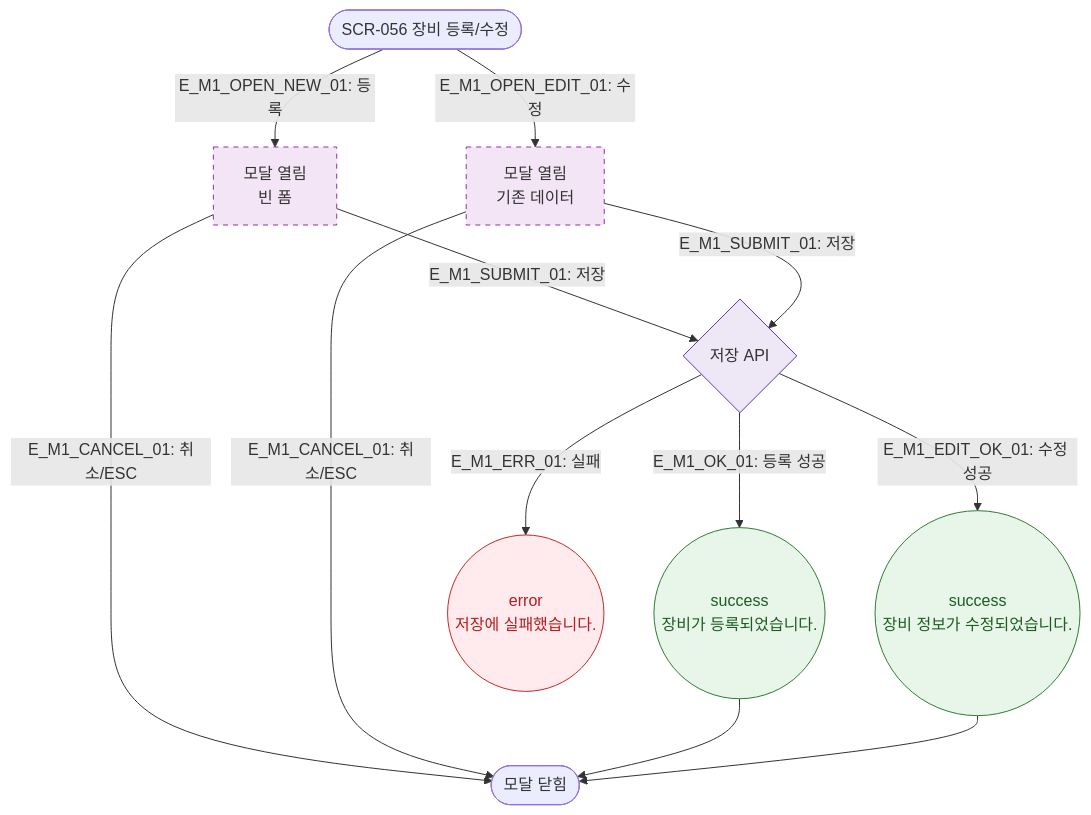
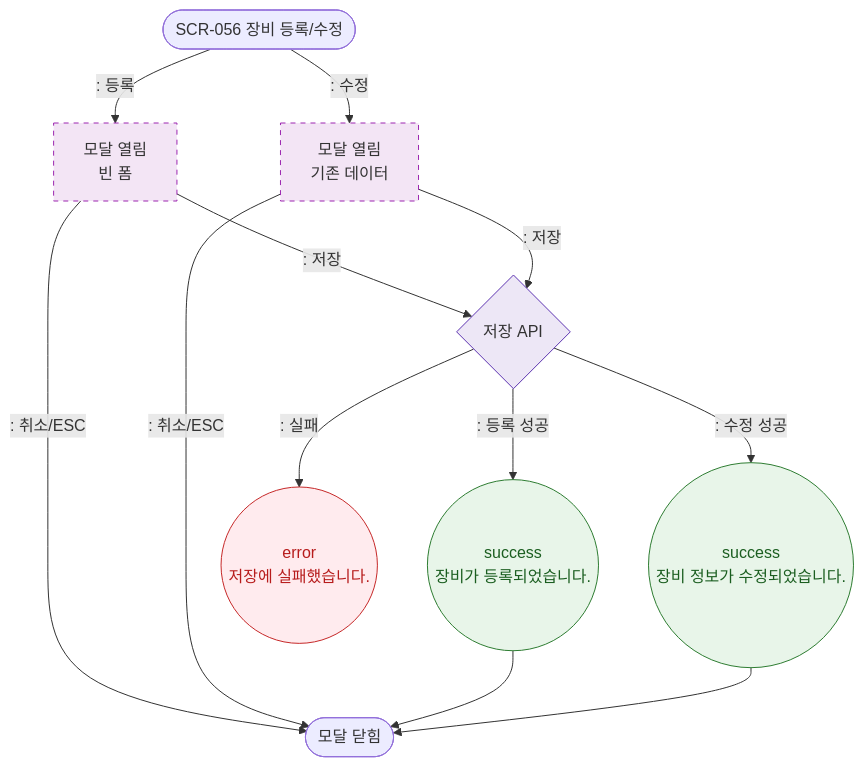
One commit to dev-spogym/admin-pando changed the diagram in docs/다이어그램/D06_시설관리/DLG/DLG-056-001_장비등록/M1_생명주기.md. Above: the diagram before and after it, drawn with Mermaid. The commit also changed other lines of this file and 1660 other files, not shown here.

First line of the commit message:
다이어그램: 기획자/클라이언트 납품본으로 정리

````diff
--- a/docs/다이어그램/D06_시설관리/DLG/DLG-056-001_장비등록/M1_생명주기.md
+++ b/docs/다이어그램/D06_시설관리/DLG/DLG-056-001_장비등록/M1_생명주기.md
@@ -16,21 +14,21 @@
 ```mermaid
 flowchart TD
-    TRIGGER([SCR-056 장비 등록/수정]) -->|"E_M1_OPEN_NEW_01: 등록"| OPEN_NEW[모달 열림\n빈 폼]
-    TRIGGER -->|"E_M1_OPEN_EDIT_01: 수정"| OPEN_EDIT[모달 열림\n기존 데이터]
+    TRIGGER([SCR-056 장비 등록/수정]) -->|": 등록"|OPEN_NEW[모달 열림\n빈 폼]
+    TRIGGER -->|": 수정"|OPEN_EDIT[모달 열림\n기존 데이터]
 
-    OPEN_NEW & OPEN_EDIT -->|"E_M1_SUBMIT_01: 저장"| SaveAPI{저장 API}
-    SaveAPI -->|"E_M1_OK_01: 등록 성공"| SUCCESS((success\n장비가 등록되었습니다.))
-    SaveAPI -->|"E_M1_EDIT_OK_01: 수정 성공"| EDIT_OK((success\n장비 정보가 수정되었습니다.))
-    SaveAPI -->|"E_M1_ERR_01: 실패"| FAIL((error\n저장에 실패했습니다.))
-    OPEN_NEW & OPEN_EDIT -->|"E_M1_CANCEL_01: 취소/ESC"| CLOSED([모달 닫힘])
+    OPEN_NEW & OPEN_EDIT -->|": 저장"|SaveAPI{저장 API}
+    SaveAPI -->|": 등록 성공"|SUCCESS((success\n장비가 등록되었습니다.))
+    SaveAPI -->|": 수정 성공"|EDIT_OK((success\n장비 정보가 수정되었습니다.))
+    SaveAPI -->|": 실패"|FAIL((error\n저장에 실패했습니다.))
+    OPEN_NEW & OPEN_EDIT -->|": 취소/ESC"|CLOSED([모달 닫힘])
     SUCCESS & EDIT_OK --> CLOSED
 
     classDef newFeature fill:#F3E5F5,stroke:#9C27B0,stroke-dasharray:5 5
     classDef success fill:#E8F5E9,stroke:#2E7D32,color:#1B5E20
     classDef error fill:#FFEBEE,stroke:#C62828,color:#B71C1C
     classDef system fill:#EDE7F6,stroke:#5E35B2
     class OPEN_NEW,OPEN_EDIT newFeature
     class SUCCESS,EDIT_OK success
     class FAIL error
     class SaveAPI system
 ```
````
